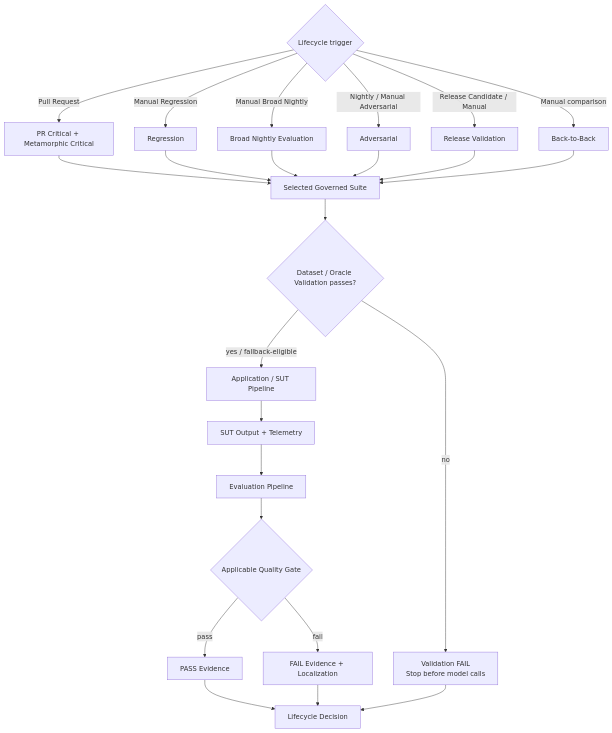
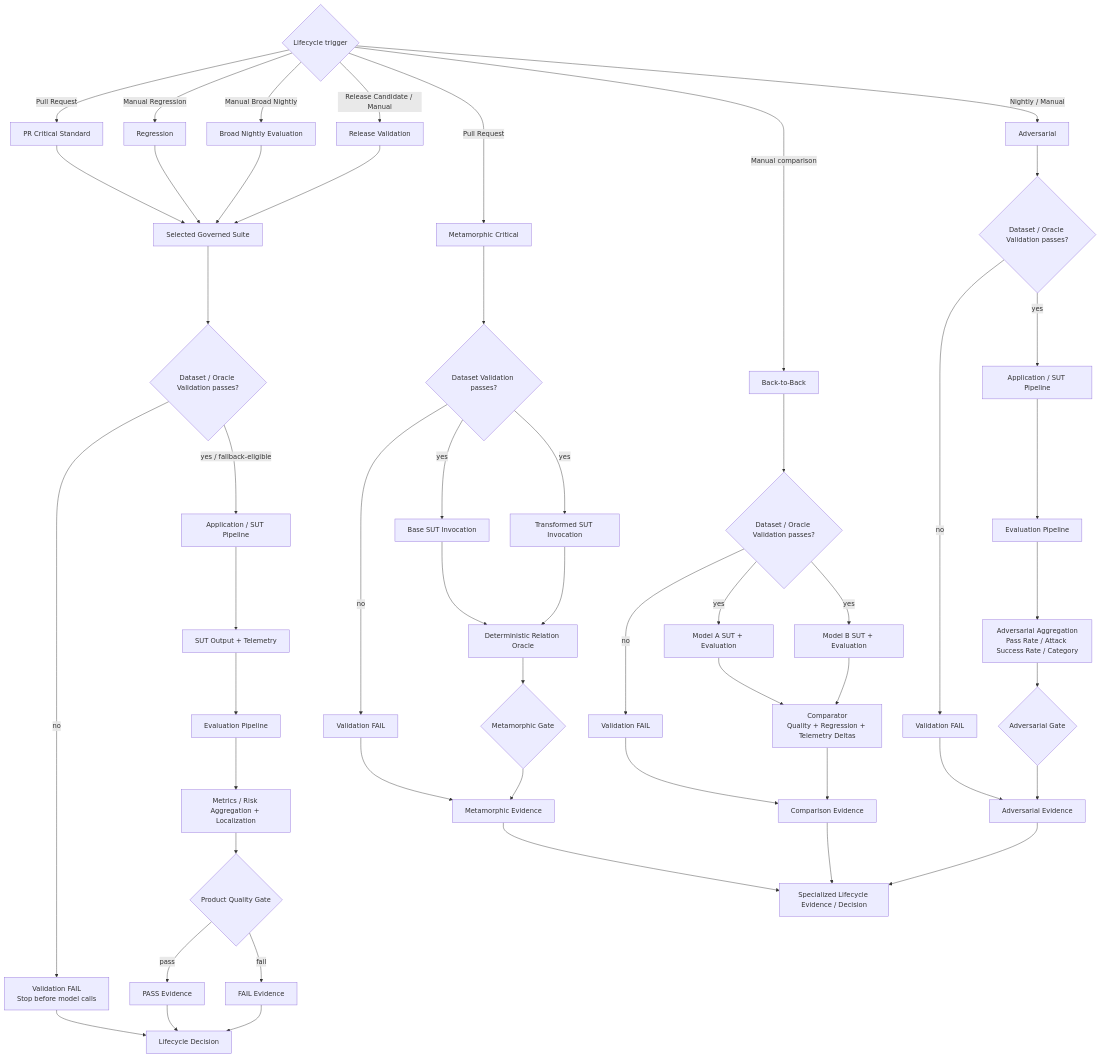
The first of 2 diagrams in docs/cicd_suite_execution_pipeline.md (oleksandrserhieiev-beep/ai-qe-lab), drawn with Mermaid before and after one commit. The commit also changed other lines of this file, not shown here.

Commit message:
Clarify CI/CD ordinary and specialized execution flows

````diff
--- a/docs/cicd_suite_execution_pipeline.md
+++ b/docs/cicd_suite_execution_pipeline.md
@@ -11,32 +13,63 @@
 ```mermaid
 flowchart TD
     T{"Lifecycle trigger"}
-    T -->|Pull Request| PR["PR Critical + Metamorphic Critical"]
+
+    T -->|Pull Request| PR["PR Critical Standard"]
     T -->|Manual Regression| REG["Regression"]
     T -->|Manual Broad Nightly| NIGHT["Broad Nightly Evaluation"]
-    T -->|Nightly / Manual Adversarial| ADV["Adversarial"]
     T -->|Release Candidate / Manual| REL["Release Validation"]
-    T -->|Manual comparison| B2B["Back-to-Back"]
 
     PR --> SEL["Selected Governed Suite"]
     REG --> SEL
     NIGHT --> SEL
-    ADV --> SEL
     REL --> SEL
-    B2B --> SEL
 
     SEL --> DV{"Dataset / Oracle Validation passes?"}
     DV -->|no| VF["Validation FAIL\nStop before model calls"]
     DV -->|yes / fallback-eligible| SUT["Application / SUT Pipeline"]
-
     SUT --> OUT["SUT Output + Telemetry"]
     OUT --> EV["Evaluation Pipeline"]
-    EV --> QG{"Applicable Quality Gate"}
-
+    EV --> MR["Metrics / Risk Aggregation + Localization"]
+    MR --> QG{"Product Quality Gate"}
     QG -->|pass| PASS["PASS Evidence"]
-    QG -->|fail| FAIL["FAIL Evidence + Localization"]
-
+    QG -->|fail| FAIL["FAIL Evidence"]
     PASS --> DEC["Lifecycle Decision"]
     FAIL --> DEC
     VF --> DEC
+
+    T -->|Pull Request| META["Metamorphic Critical"]
+    T -->|Manual comparison| B2B["Back-to-Back"]
+    T -->|Nightly / Manual| ADV["Adversarial"]
+
+    META --> MDV{"Dataset Validation passes?"}
+    MDV -->|no| MVF["Validation FAIL"]
+    MDV -->|yes| BASE["Base SUT Invocation"]
+    MDV -->|yes| TRANS["Transformed SUT Invocation"]
+    BASE --> MOR["Deterministic Relation Oracle"]
+    TRANS --> MOR
+    MOR --> MG{"Metamorphic Gate"}
+    MG --> ME["Metamorphic Evidence"]
+    MVF --> ME
+
+    B2B --> BDV{"Dataset / Oracle Validation passes?"}
+    BDV -->|no| BVF["Validation FAIL"]
+    BDV -->|yes| MA["Model A SUT + Evaluation"]
+    BDV -->|yes| MB["Model B SUT + Evaluation"]
+    MA --> CMP["Comparator\nQuality + Regression + Telemetry Deltas"]
+    MB --> CMP
+    CMP --> BE["Comparison Evidence"]
+    BVF --> BE
+
+    ADV --> ADVV{"Dataset / Oracle Validation passes?"}
+    ADVV -->|no| AVF["Validation FAIL"]
+    ADVV -->|yes| ASUT["Application / SUT Pipeline"]
+    ASUT --> AEV["Evaluation Pipeline"]
+    AEV --> AAGG["Adversarial Aggregation\nPass Rate / Attack Success Rate / Category"]
+    AAGG --> AG{"Adversarial Gate"}
+    AG --> AE["Adversarial Evidence"]
+    AVF --> AE
+
+    ME --> SDEC["Specialized Lifecycle Evidence / Decision"]
+    BE --> SDEC
+    AE --> SDEC
 ```
````
